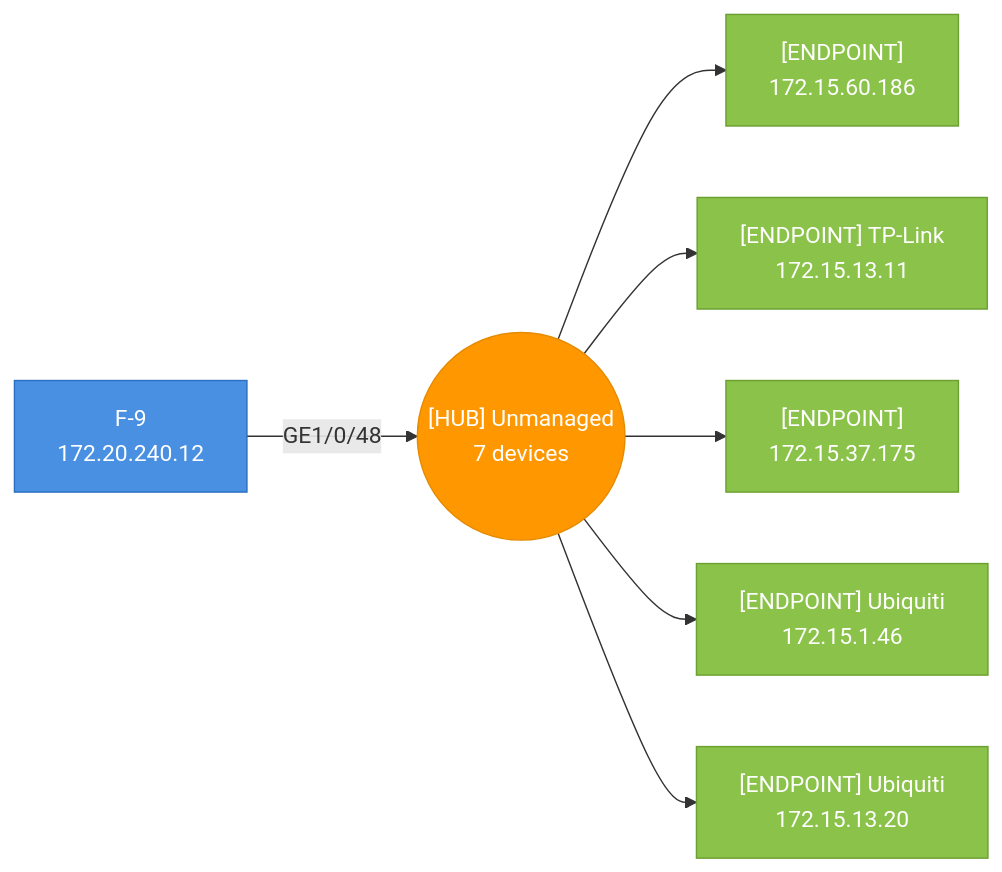
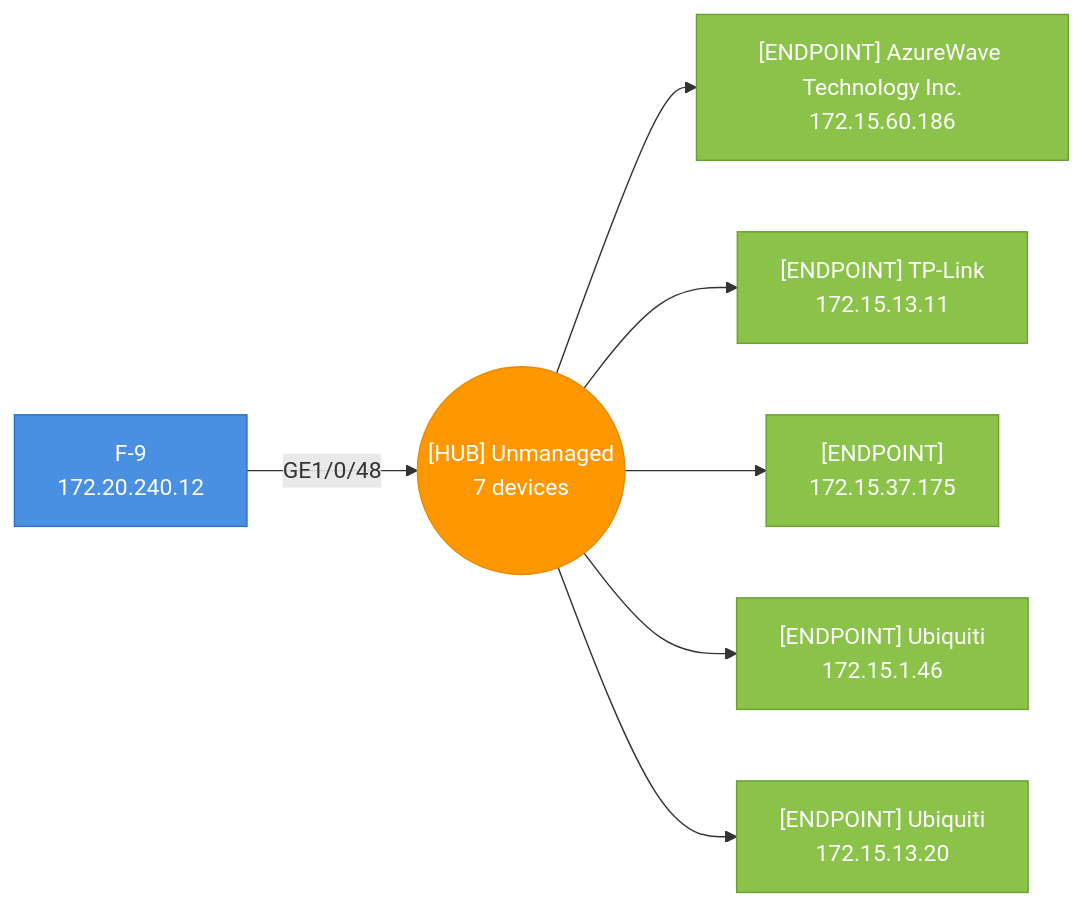
Before and after one commit to djamic/LLDP-Skanner-Go: the second of 38 diagrams in testdata/golden/audit_default.md, drawn with Mermaid. The commit also changed other lines of this file and 11 other files, not shown here.

````diff
--- a/testdata/golden/audit_default.md
+++ b/testdata/golden/audit_default.md
@@ -1276,23 +1266,23 @@
 ```mermaid
 graph LR
   hub_4caea327768a_p48(("[HUB] Unmanaged<br>7 devices"))
   4caea327768a["F-9<br>172.20.240.12"]
   4caea327768a-- "GE1/0/48" -->hub_4caea327768a_p48
   style 4caea327768a fill:#4A90E2,stroke:#2A6FC2,color:#fff
-  1068380a0779["[ENDPOINT]<br>172.15.60.186"]
+  1068380a0779["[ENDPOINT] AzureWave Technology Inc.<br>172.15.60.186"]
   hub_4caea327768a_p48-->1068380a0779
   style 1068380a0779 fill:#8BC34A,stroke:#6B9F30,color:#fff
   54af9782f4c4["[ENDPOINT] TP-Link<br>172.15.13.11"]
   hub_4caea327768a_p48-->54af9782f4c4
   style 54af9782f4c4 fill:#8BC34A,stroke:#6B9F30,color:#fff
   563a98b65c1a["[ENDPOINT]<br>172.15.37.175"]
   hub_4caea327768a_p48-->563a98b65c1a
   style 563a98b65c1a fill:#8BC34A,stroke:#6B9F30,color:#fff
   7845587c874f["[ENDPOINT] Ubiquiti<br>172.15.1.46"]
   hub_4caea327768a_p48-->7845587c874f
   style 7845587c874f fill:#8BC34A,stroke:#6B9F30,color:#fff
   7845587c87a0["[ENDPOINT] Ubiquiti<br>172.15.13.20"]
   hub_4caea327768a_p48-->7845587c87a0
   style 7845587c87a0 fill:#8BC34A,stroke:#6B9F30,color:#fff
   style hub_4caea327768a_p48 fill:#FF9800,stroke:#E68A00,color:#fff
 ```
````
